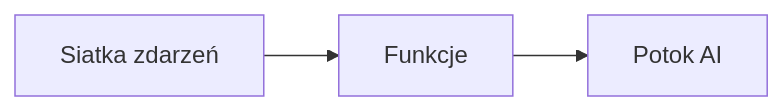
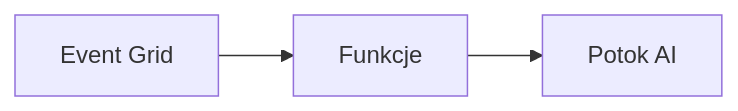
Before and after one commit to microsoft/AZD-for-beginners: the second of 2 diagrams in translations/pl/docs/chapter-08-production/README.md, drawn with Mermaid. The commit also changed other lines of this file and 101 other files, not shown here.

````diff
--- a/translations/pl/docs/chapter-08-production/README.md
+++ b/translations/pl/docs/chapter-08-production/README.md
@@ -54,4 +56,4 @@
 ```mermaid
 graph LR
-    EventGrid[Siatka zdarzeń] --> Functions[Funkcje] --> Pipeline[Potok AI]
+    EventGrid[Event Grid] --> Functions[Funkcje] --> Pipeline[Potok AI]
 ```
````
